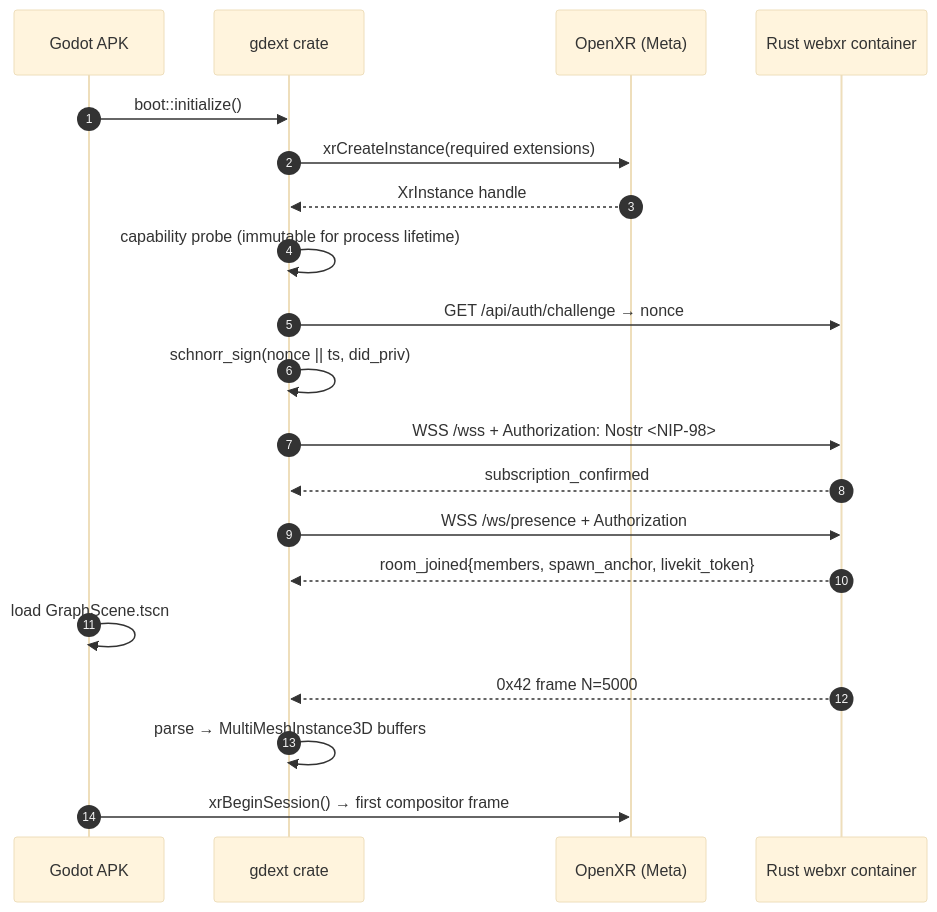
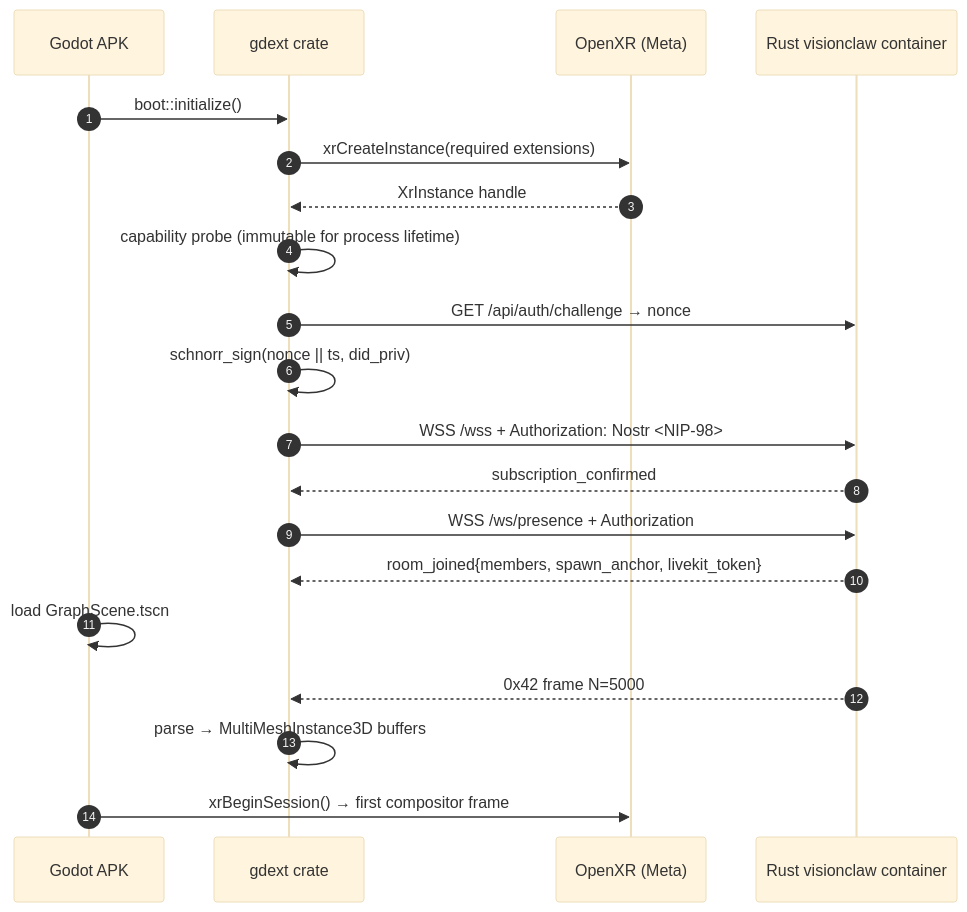
The second of 3 diagrams in docs/explanation/xr-architecture.md (shaneholloman/logseq-spring-thing), drawn with Mermaid (base theme) before and after one commit. The commit also changed other lines of this file and 58 other files, not shown here.

First line of the commit message:
docs: Neo4j→Oxigraph + webxr→visionclaw alignment, physics controls, health probes

````diff
--- a/docs/explanation/xr-architecture.md
+++ b/docs/explanation/xr-architecture.md
@@ -186,26 +187,26 @@
 ```mermaid
 sequenceDiagram
     autonumber
     participant APK as Godot APK
     participant GDExt as gdext crate
     participant XR as OpenXR (Meta)
-    participant Server as Rust webxr container
+    participant Server as Rust visionclaw container
 
     APK->>GDExt: boot::initialize()
     GDExt->>XR: xrCreateInstance(required extensions)
     XR-->>GDExt: XrInstance handle
     GDExt->>GDExt: capability probe (immutable for process lifetime)
 
     GDExt->>Server: GET /api/auth/challenge → nonce
     GDExt->>GDExt: schnorr_sign(nonce || ts, did_priv)
     GDExt->>Server: WSS /wss + Authorization: Nostr <NIP-98>
     Server-->>GDExt: subscription_confirmed
 
     GDExt->>Server: WSS /ws/presence + Authorization
     Server-->>GDExt: room_joined{members, spawn_anchor, livekit_token}
 
     APK->>APK: load GraphScene.tscn
     Server-->>GDExt: 0x42 frame N=5000
     GDExt->>GDExt: parse → MultiMeshInstance3D buffers
     APK->>XR: xrBeginSession() → first compositor frame
 ```
````
